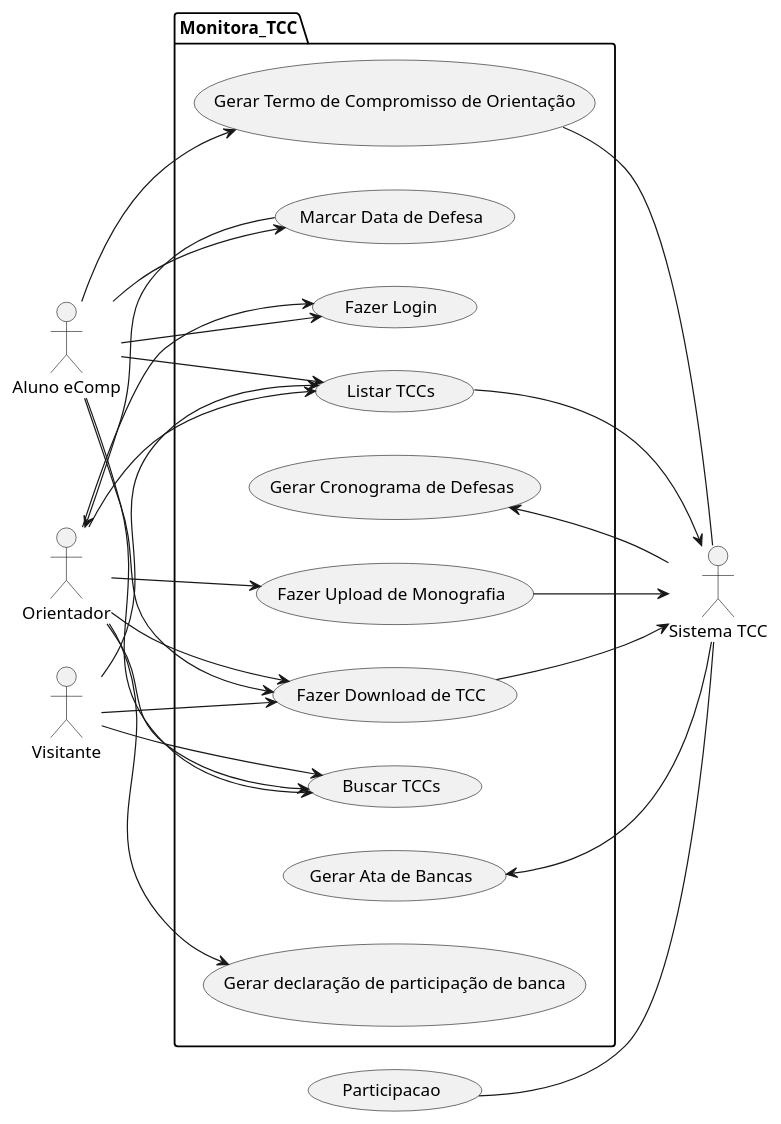
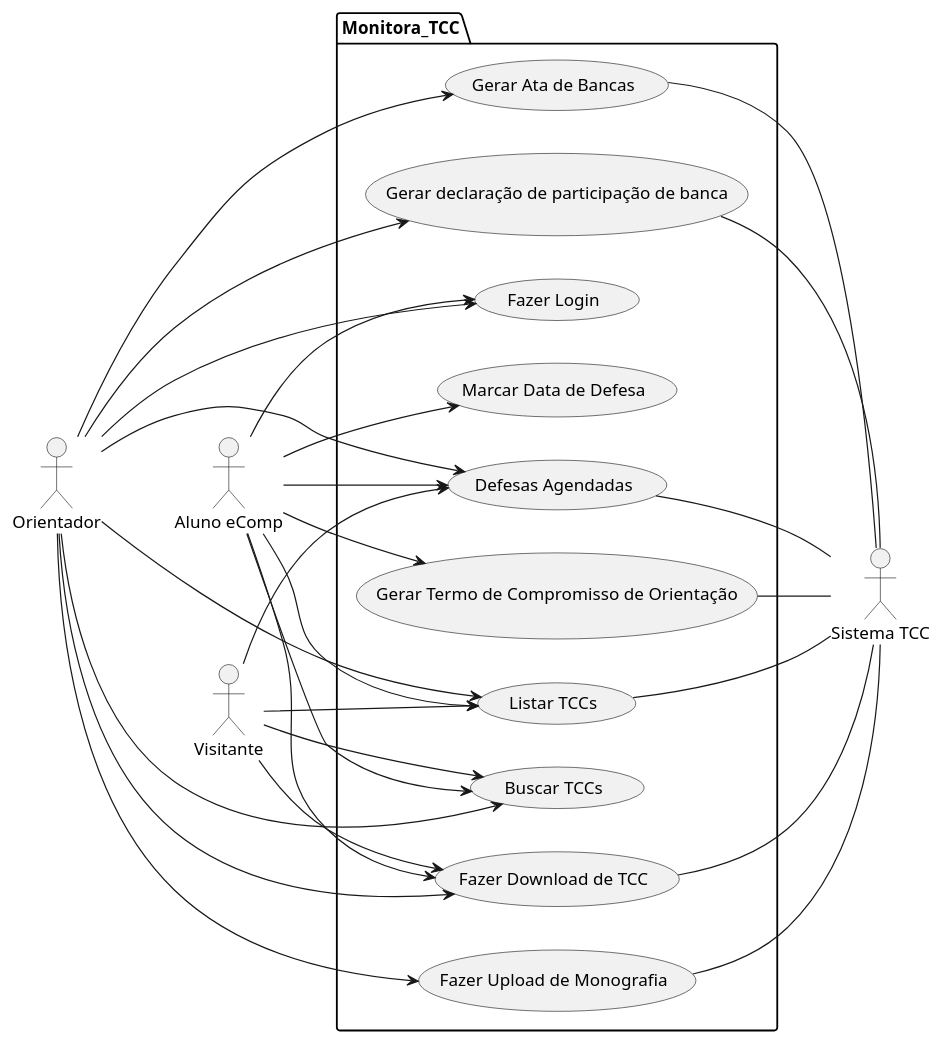
The diagram in analysis/casos.plantuml (LMM-Eng-Software/Monitora-TCC), drawn with PlantUML before and after one commit. The commit also changed 6 other files, not shown here.

```diff
--- a/analysis/casos.plantuml
+++ b/analysis/casos.plantuml
@@ -1,56 +1,54 @@
 @startuml casosdeuso
 left to right direction
 
 "Aluno eComp" as Aluno
+"Orientador" as Prof
 "Visitante" as Visit
 
 "Sistema TCC" as Sist
-"Orientador" as Prof
 
 
 package Monitora_TCC {
-"Gerar declaração de participação de banca" as (participacao)
+"Gerar declaração de participação de banca" as (Participacao)
 "Listar TCCs" as (Listar)
 "Buscar TCCs" as (Buscar)
 "Fazer Download de TCC" as (Download)
 "Fazer Login" as (Login)
 "Marcar Data de Defesa" as (Data)
 "Fazer Upload de Monografia" as (Upload)
 "Gerar Ata de Bancas" as (Atas)
-"Gerar Cronograma de Defesas" as (Crono)
+"Defesas Agendadas" as (Agendar)
 "Gerar Termo de Compromisso de Orientação" as (Compromisso)
 }
 
-:Prof: --> (Buscar)
-:Prof: --> (participacao)
-:Prof: --> (Download)
-:Prof: --> (Listar)
-:Prof: --> (Upload)
-:Prof: --> (Login)
+:Prof: ---> (Listar)
+:Prof: ---> (Download)
+:Prof: ---> (Buscar)
+:Prof: ---> (Participacao)
+:Prof: ---> (Upload)
+:Prof: ---> (Atas)
+:Prof: ---> (Login)
+:Prof: ---> (Agendar)
 
 :Aluno: --> (Listar)
 :Aluno: --> (Download)
+:Aluno: --> (Agendar)
 :Aluno: --> (Buscar)
 :Aluno: --> (Login)
 :Aluno: --> (Data)
 :Aluno: --> (Compromisso)
 
-(Participacao) -- :Sist:
-(Upload) --> :Sist:
-
 :Visit: --> (Listar)
-(Listar) --> :Sist:
-
 :Visit: --> (Download)
-(Download) --> :Sist:
-
+:Visit: --> (Agendar)
 :Visit: --> (Buscar)
 
+(Participacao) -- :Sist:
+(Upload) -- :Sist:
+(Listar) -- :Sist:
+(Download) -- :Sist:
+(Compromisso) -- :Sist:
+(Agendar) -- :Sist:
+(Atas) -- :Sist:
 
-(Data) --> :Prof:
-
-(Compromisso) -- :Sist:
-
-:Sist: -up-> (Atas)
-:Sist: -up-> (Crono)
 @enduml
```
